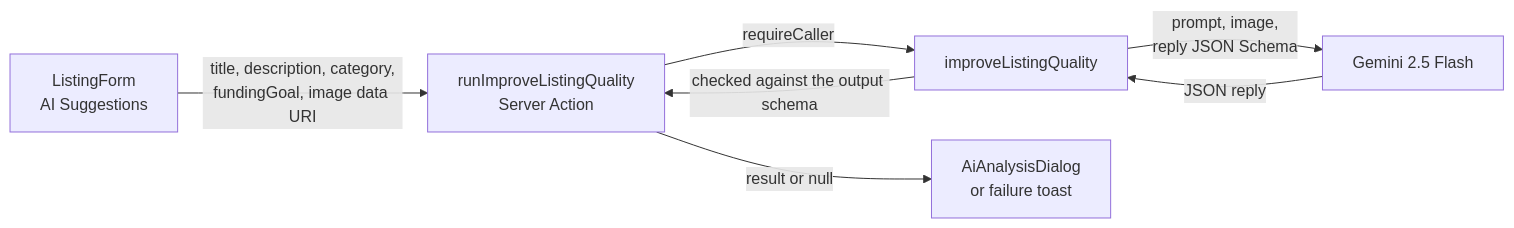
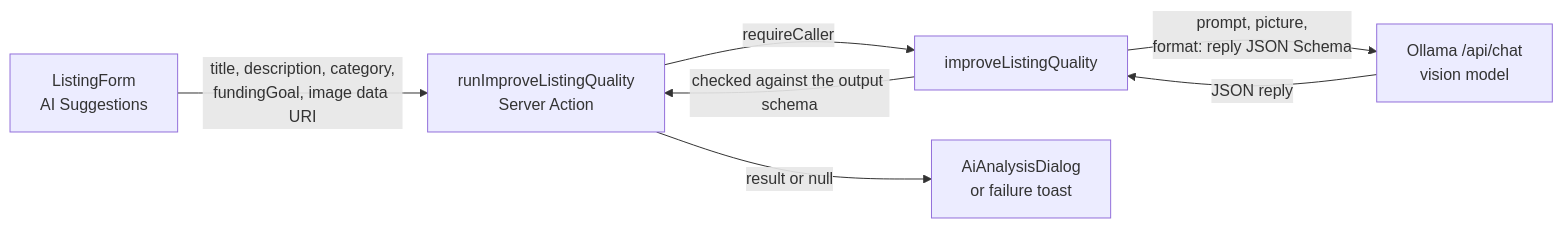
Before and after one commit to BLKFNDRPH/blkfndrapp: the first of 3 diagrams in docs/ai-features.md, drawn with Mermaid. The commit also changed other lines of this file and 13 other files, not shown here.

First line of the commit message:
Run the AI listing review on Ollama instead of Gemini

````diff
--- a/docs/ai-features.md
+++ b/docs/ai-features.md
@@ -29,9 +29,9 @@
 ```mermaid
 flowchart LR
     A[ListingForm<br/>AI Suggestions] -->|title, description, category,<br/>fundingGoal, image data URI| B[runImproveListingQuality<br/>Server Action]
     B -->|requireCaller| C[improveListingQuality]
-    C -->|prompt, image,<br/>reply JSON Schema| D[Gemini 2.5 Flash]
+    C -->|prompt, picture,<br/>format: reply JSON Schema| D[Ollama /api/chat<br/>vision model]
     D -->|JSON reply| C
     C -->|checked against the output schema| B
     B -->|result or null| E[AiAnalysisDialog<br/>or failure toast]
 ```
````
